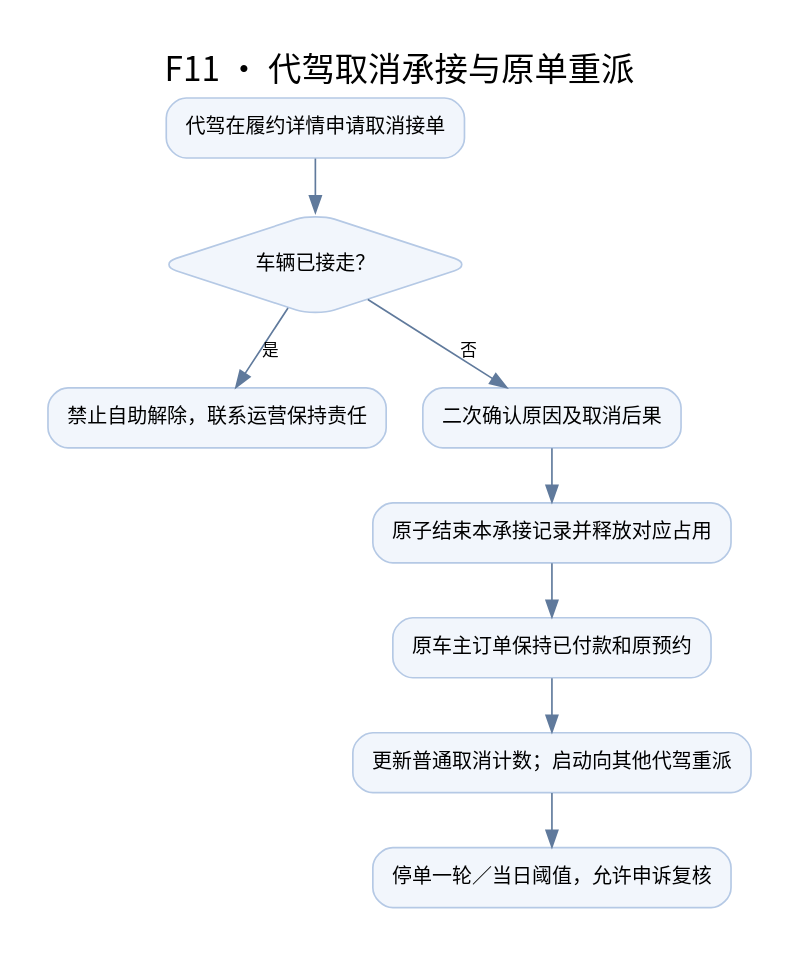
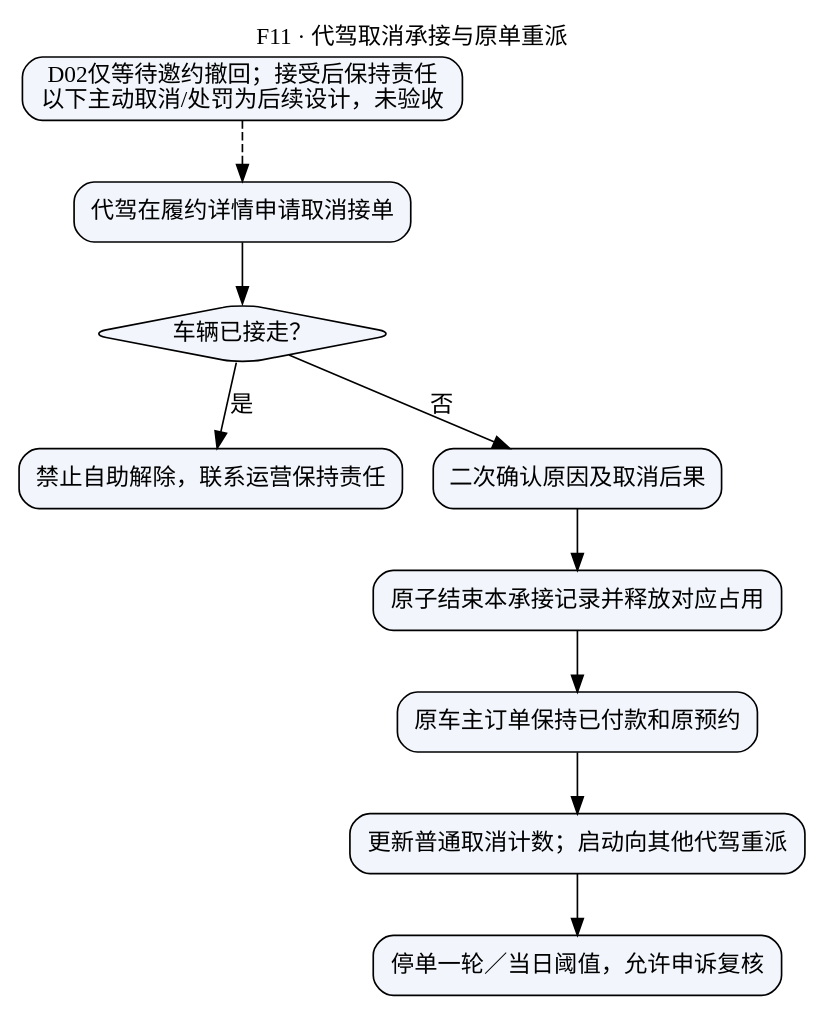
Before and after one commit to chanbeishui/xinyi: the diagram in docs/vehicle/V6.4/08_业务流程图/DOT/F11.dot, drawn with Graphviz. The commit also changed 214 other files, not shown here.

```diff
--- a/docs/vehicle/V6.4/08_业务流程图/DOT/F11.dot
+++ b/docs/vehicle/V6.4/08_业务流程图/DOT/F11.dot
@@ -1,20 +1,22 @@
 digraph G {
-graph [rankdir=TB,bgcolor="white",pad="0.3",nodesep="0.3",ranksep="0.45",fontname="Noto Sans CJK SC",label="F11 · 代驾取消承接与原单重派",labelloc=t,fontsize=20];
-node [shape=box,style="rounded,filled",fillcolor="#F2F6FC",color="#B5C9E5",fontname="Noto Sans CJK SC",fontsize=12,margin=".15,.12"];
-edge [color="#607A9C",fontname="Noto Sans CJK SC",fontsize=10];
+graph [rankdir=TB,bgcolor="white",fontname="PingFang SC",label="F11 · 代驾取消承接与原单重派",labelloc=t];
+node [shape=box,style="rounded,filled",fontname="PingFang SC",fillcolor="#F2F6FC"];
+edge [fontname="PingFang SC"];
+boundary [label="D02仅等待邀约撤回；接受后保持责任\n以下主动取消/处罚为后续设计，未验收"];
+boundary -> n1 [style=dashed];
 n1 [label="代驾在履约详情申请取消接单"];
 n2 [label="车辆已接走？",shape=diamond];
 n3 [label="禁止自助解除，联系运营保持责任"];
 n4 [label="二次确认原因及取消后果"];
 n5 [label="原子结束本承接记录并释放对应占用"];
 n6 [label="原车主订单保持已付款和原预约"];
 n7 [label="更新普通取消计数；启动向其他代驾重派"];
 n8 [label="停单一轮／当日阈值，允许申诉复核"];
 n1 -> n2 [label=""];
 n2 -> n3 [label="是"];
 n2 -> n4 [label="否"];
 n4 -> n5 [label=""];
 n5 -> n6 [label=""];
 n6 -> n7 [label=""];
 n7 -> n8 [label=""];
 }
```
